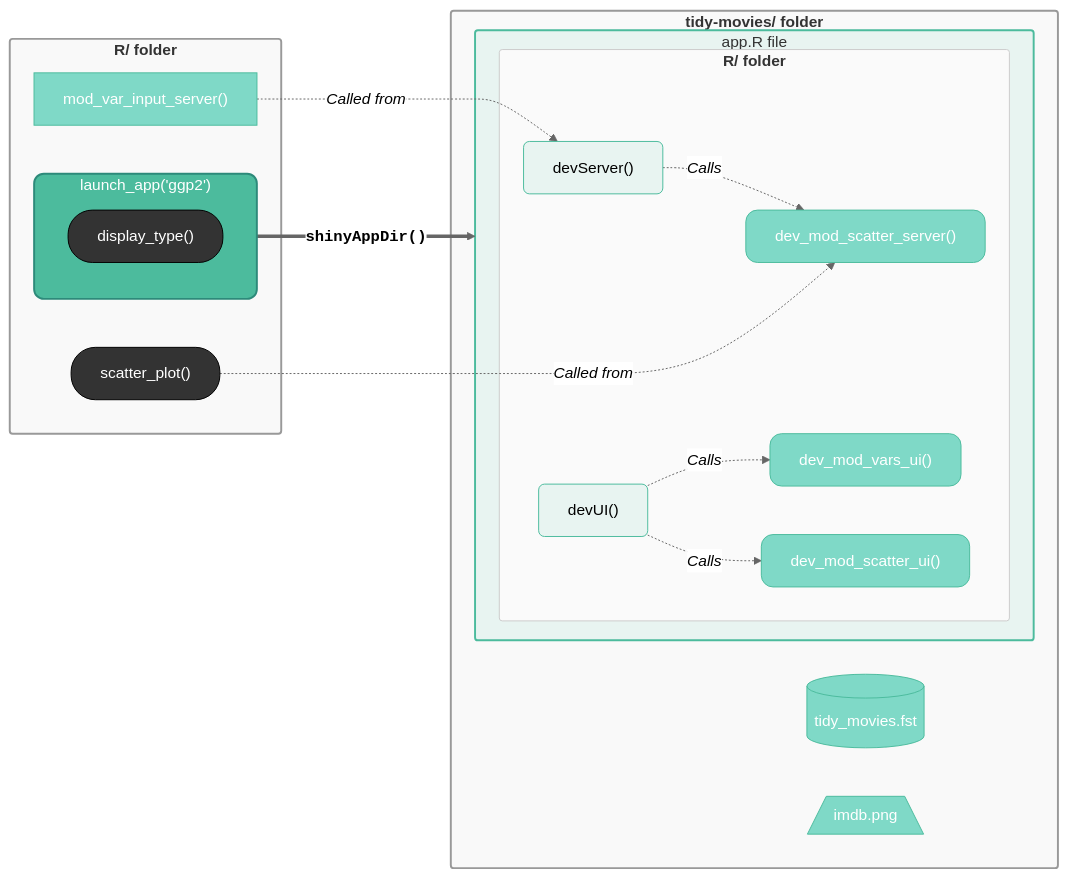
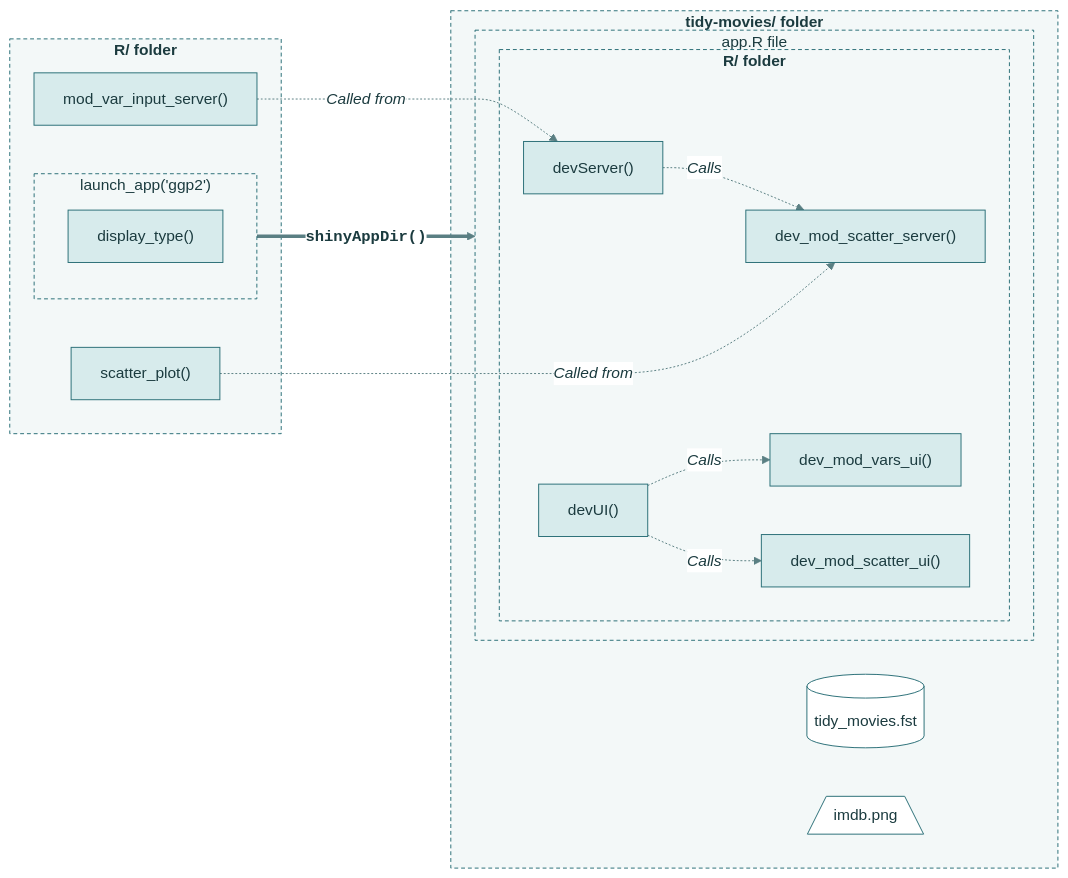
The diagram in resources.qmd (mjfrigaard/shiny-app-pkgs), drawn with Mermaid before and after one commit. The commit also changed 22 other files, not shown here.

First line of the commit message:
Standardize mermaid diagrams on the site teal palette

````diff
--- a/resources.qmd
+++ b/resources.qmd
@@ -784,60 +784,55 @@
 ```{mermaid}
 %%| fig-cap: 'Architecture of app functions in `inst/tidy-movies/` folder'
 %%| fig-align: center
-%%{init: {'theme': 'neutral', 'themeVariables': { 'fontFamily': 'monospace', "fontSize":"16px"}}}%%
+%%{init: {'theme': 'base', 'themeVariables': { 'fontFamily': 'monospace', "fontSize":"16px", "primaryColor":"#D7EBEC", "primaryTextColor":"#1B3B3F", "primaryBorderColor":"#2A6F77", "lineColor":"#5A7F83", "edgeLabelBackground":"#FFFFFF", "clusterBkg":"#F3F8F8", "clusterBorder":"#2A6F77", "darkMode":false}}}%%
 flowchart LR
     subgraph R["<strong>R/ folder</strong>"]
         subgraph launch["launch_app('ggp2')"]
             display_type["display_type()"]
         end
         mod_var_input_server["mod_var_input_server()"]
         scatter_plot["scatter_plot()"]
     end
     
     subgraph tidy_movies["<strong>tidy-movies/ folder</strong>"]
         subgraph app["app.R file"]
           subgraph SubR["<strong>R/ folder</strong>"]
             devServer["devServer()"]
             dev_mod_scatter_server["dev_mod_scatter_server()"]
             devServer -.->|"<em>Calls</em>"|dev_mod_scatter_server
             devUI["devUI()"]
             dev_mod_vars_ui["dev_mod_vars_ui()"]
             dev_mod_scatter_ui["dev_mod_scatter_ui()"]
             devUI -.->|"<em>Calls</em>"|dev_mod_vars_ui & dev_mod_scatter_ui
             end
         end
         data[("tidy_movies.fst")]
         img[/"imdb.png"\]
     end
         
 
     launch ==> |"<strong><code>shinyAppDir()</code></strong>"|app
     scatter_plot -.->|"<em>Called from</em>"|dev_mod_scatter_server
     mod_var_input_server -.->|"<em>Called from</em>"|devServer
 
     %% utility functions
-    style scatter_plot fill:#333,color:#FFF,stroke:#000,stroke-width:1px,rx:25,ry:25
-    style display_type fill:#333,color:#FFF,stroke:#000,stroke-width:1px,rx:25,ry:25
 
     %% R/ folder
-    style R fill:#f9f9f9,stroke:#999,stroke-width:2px,rx:3,ry:3
-    style launch fill:#4CBB9D,color:#fff,stroke:#2d8a7a,stroke-width:2px,rx:10,ry:10
-    style mod_var_input_server fill:#7fd9c7,color:#fff,stroke:#4CBB9D,stroke-width:1px
 
     %% tidy-movies/
-    style tidy_movies fill:#f9f9f9,stroke:#999,stroke-width:2px,rx:3,ry:3
     %% tidy-movies/R
-    style app fill:#e8f4f1,stroke:#4CBB9D,stroke-width:2px,rx:3,ry:3
-    style SubR fill:#fafafa,stroke:#ccc,stroke-width:1px,rx:3,ry:3
     %% tidy-movies/R/ files
-    style devUI fill:#e8f4f1,stroke:#4CBB9D,stroke-width:1px,rx:6,ry:6
-    style devServer fill:#e8f4f1,stroke:#4CBB9D,stroke-width:1px,rx:6,ry:6
-    style dev_mod_scatter_server color:#fff,fill:#7fd9c7,stroke:#4CBB9D,stroke-width:1px,rx:12,ry:12
-    style dev_mod_scatter_ui color:#fff,fill:#7fd9c7,stroke:#4CBB9D,stroke-width:1px,rx:12,ry:12
-    style dev_mod_vars_ui color:#fff,fill:#7fd9c7,stroke:#4CBB9D,stroke-width:1px,rx:12,ry:12
     %% files
-    style data fill:#7fd9c7,color:#fff,stroke:#4CBB9D,stroke-width:1px
-    style img fill:#7fd9c7,color:#fff,stroke:#4CBB9D,stroke-width:1px
 
-
+    classDef term fill:#2A6F77,color:#FFFFFF,stroke:#1B4F55,stroke-width:1px
+    classDef step fill:#D7EBEC,color:#1B3B3F,stroke:#2A6F77,stroke-width:1px
+    classDef decision fill:#F4C26B,color:#3D2A00,stroke:#B7832B,stroke-width:1px
+    classDef io fill:#FFFFFF,color:#1B3B3F,stroke:#2A6F77,stroke-width:1px
+    class display_type,mod_var_input_server,scatter_plot,devServer,dev_mod_scatter_server,devUI,dev_mod_vars_ui,dev_mod_scatter_ui step
+    class data,img io
+    style R fill:#F3F8F8,color:#1B3B3F,stroke:#2A6F77,stroke-width:1px,stroke-dasharray:4 3
+    style launch fill:#F3F8F8,color:#1B3B3F,stroke:#2A6F77,stroke-width:1px,stroke-dasharray:4 3
+    style tidy_movies fill:#F3F8F8,color:#1B3B3F,stroke:#2A6F77,stroke-width:1px,stroke-dasharray:4 3
+    style app fill:#F3F8F8,color:#1B3B3F,stroke:#2A6F77,stroke-width:1px,stroke-dasharray:4 3
+    style SubR fill:#F3F8F8,color:#1B3B3F,stroke:#2A6F77,stroke-width:1px,stroke-dasharray:4 3
 ```
````
